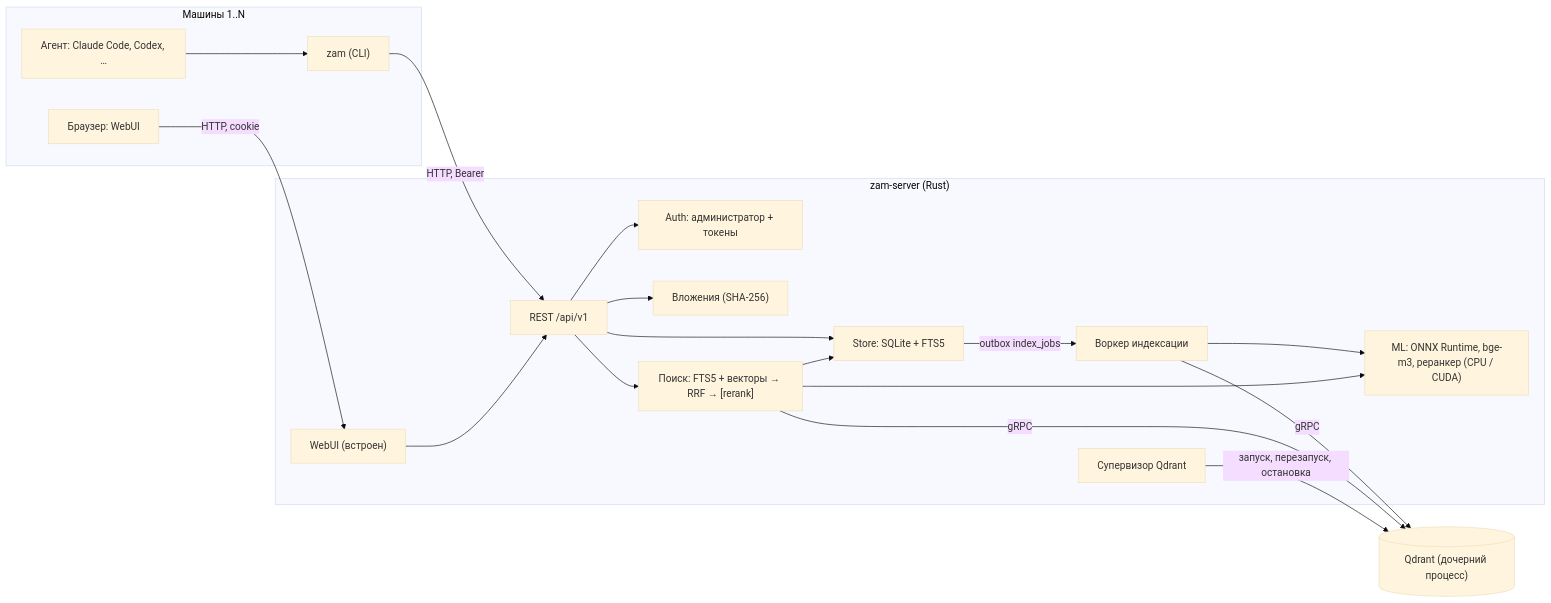
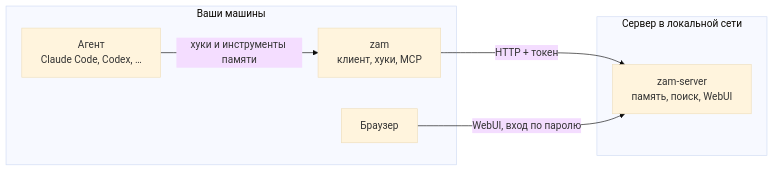
The diagram in README.md (ogoun/ZeroAIMemory), drawn with Mermaid (base theme) before and after one commit. The commit also changed other lines of this file and 7 other files, not shown here.

````diff
--- a/README.md
+++ b/README.md
@@ -649,35 +65,14 @@
 ```mermaid
 flowchart LR
-  subgraph clients["Машины 1..N"]
-    agent["Агент: Claude Code, Codex, …"]
-    cli["zam (CLI)"]
-    browser["Браузер: WebUI"]
+  subgraph m["Ваши машины"]
+    agent["Агент<br/>Claude Code, Codex, …"]
+    zam["zam<br/>клиент, хуки, MCP"]
+    br["Браузер"]
   end
-  subgraph server["zam-server (Rust)"]
-    api["REST /api/v1"]
-    web["WebUI (встроен)"]
-    auth["Auth: администратор + токены"]
-    store["Store: SQLite + FTS5"]
-    blobs["Вложения (SHA-256)"]
-    ml["ML: ONNX Runtime, bge-m3, реранкер (CPU / CUDA)"]
-    worker["Воркер индексации"]
-    search["Поиск: FTS5 + векторы → RRF → [rerank]"]
-    sup["Супервизор Qdrant"]
+  subgraph s["Сервер в локальной сети"]
+    api["zam-server<br/>память, поиск, WebUI"]
   end
-  qdrant[("Qdrant (дочерний процесс)")]
-  agent --> cli
-  cli -- "HTTP, Bearer" --> api
-  browser -- "HTTP, cookie" --> web
-  web --> api
-  api --> auth
-  api --> store
-  api --> blobs
-  api --> search
-  store -- "outbox index_jobs" --> worker
-  worker --> ml
-  worker -- gRPC --> qdrant
-  search --> store
-  search --> ml
-  search -- gRPC --> qdrant
-  sup -- "запуск, перезапуск, остановка" --> qdrant
+  agent -- "хуки и инструменты памяти" --> zam
+  zam -- "HTTP + токен" --> api
+  br -- "WebUI, вход по паролю" --> api
 ```
````
